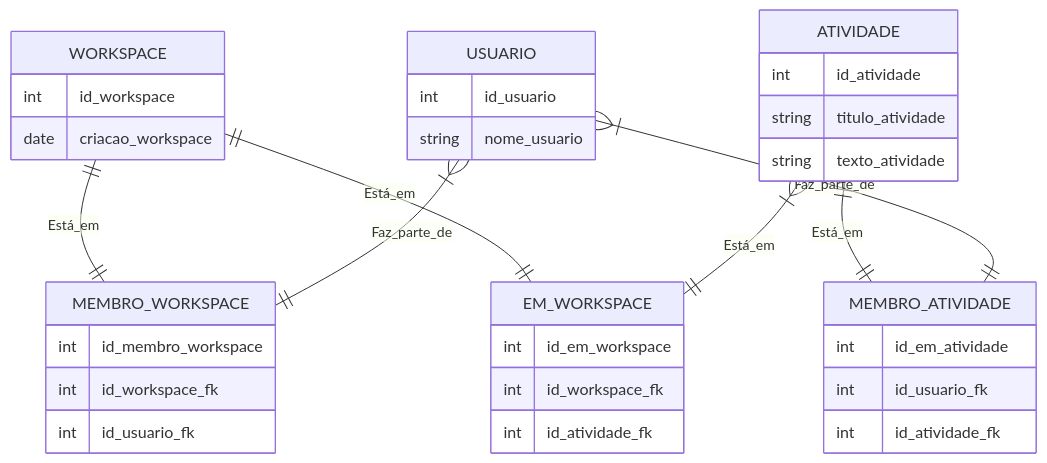
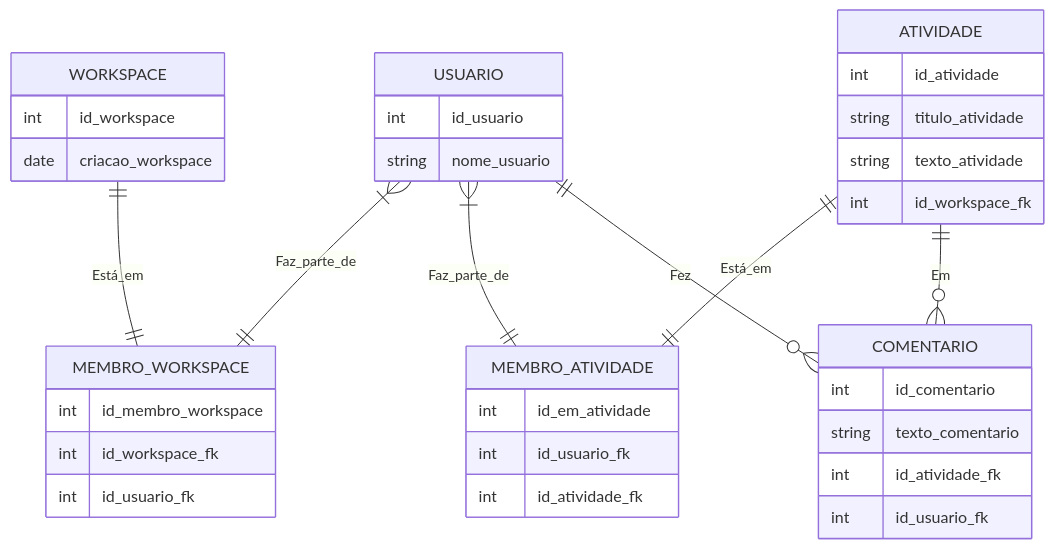
Before and after one commit to AlexiaCazale/trabalhoP2: the second of 2 diagrams in README.md, drawn with Mermaid. The commit also changed 3 other files, not shown here.

Commit message:
feat: Cardinalidade entre Atividade e Workspace alterada. "Comentario" adicionado. Métodos GET e SET finalizados.

````diff
--- a/README.md
+++ b/README.md
@@ -38,45 +38,47 @@
 ```mermaid
 erDiagram
     WORKSPACE 1--1 MEMBRO_WORKSPACE : Está_em
     USUARIO 1+--1 MEMBRO_WORKSPACE : Faz_parte_de
 
     ATIVIDADE 1--1 MEMBRO_ATIVIDADE : Está_em
     USUARIO 1+--1 MEMBRO_ATIVIDADE : Faz_parte_de
 
-    WORKSPACE 1--1 EM_WORKSPACE : Está_em
-    ATIVIDADE 1+--1 EM_WORKSPACE : Está_em
+    ATIVIDADE 1--0+ COMENTARIO : Em
+    USUARIO 1--0+ COMENTARIO : Fez
 
     WORKSPACE {
         int id_workspace
         date criacao_workspace
-    }
-
-    EM_WORKSPACE {
-        int id_em_workspace
-        int id_workspace_fk
-        int id_atividade_fk
     }
 
     MEMBRO_WORKSPACE {
         int id_membro_workspace
         int id_workspace_fk
         int id_usuario_fk
     }
 
     ATIVIDADE {
         int id_atividade
         string titulo_atividade
         string texto_atividade
+        int id_workspace_fk
     }
 
     MEMBRO_ATIVIDADE {
         int id_em_atividade
         int id_usuario_fk
         int id_atividade_fk
     } 
 
     USUARIO {
         int id_usuario
         string nome_usuario
     } 
+
+    COMENTARIO {
+        int id_comentario
+        string texto_comentario
+        int id_atividade_fk
+        int id_usuario_fk
+    }
 ```
````
